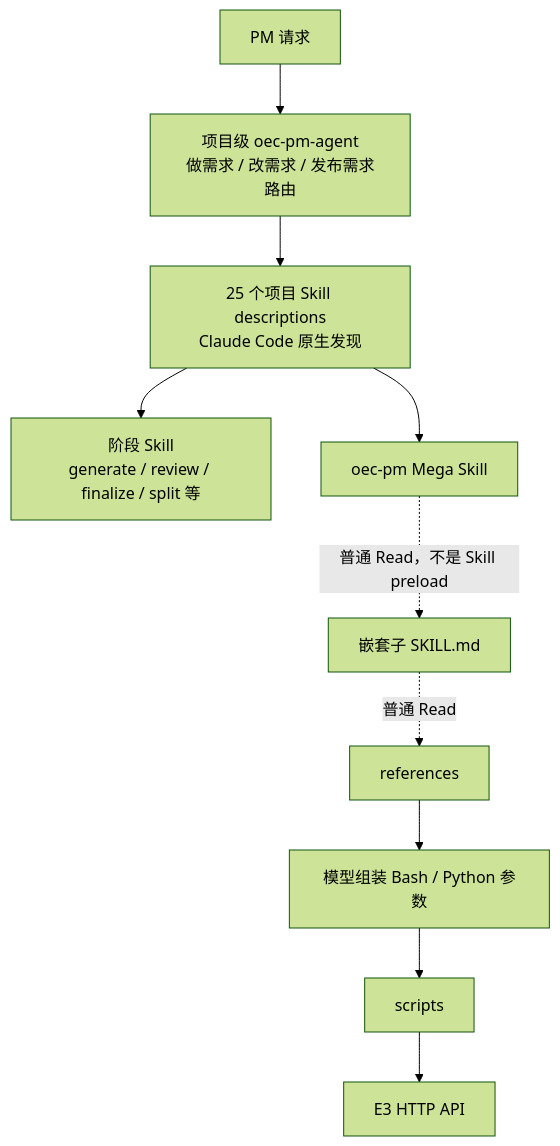
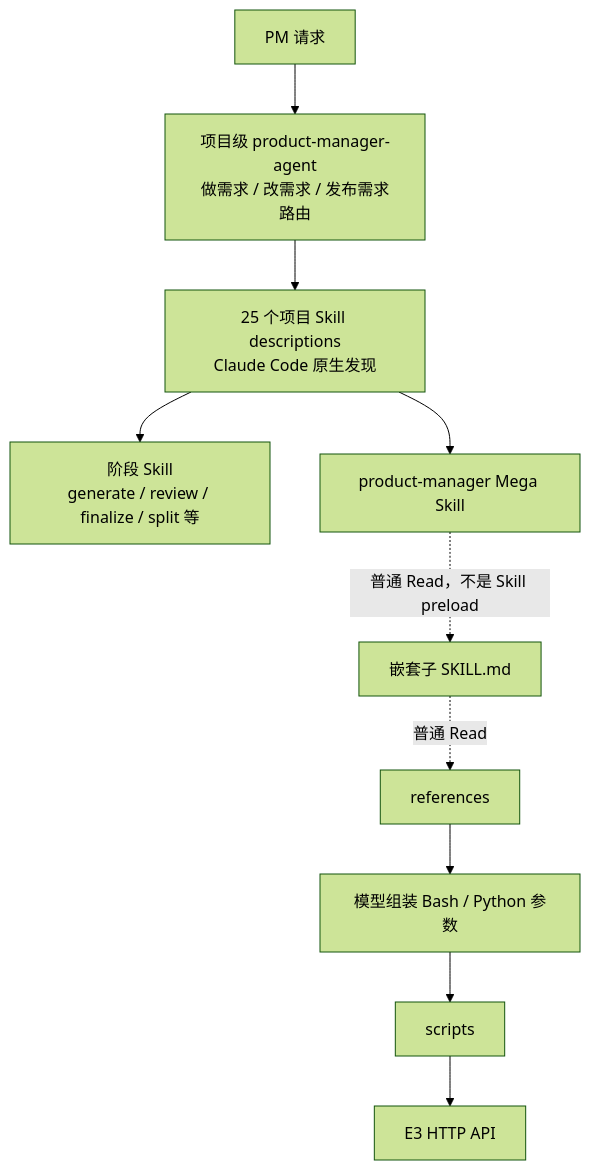
The second of 4 diagrams in docs/migrations/product-capability-migration.md (quanxinwang18-a11y/plainOEC-infra), drawn with Mermaid (forest theme) before and after one commit. The commit also changed other lines of this file and 259 other files, not shown here.

````diff
--- a/docs/migrations/product-capability-migration.md
+++ b/docs/migrations/product-capability-migration.md
@@ -251,12 +251,12 @@
 ```mermaid
 flowchart TD
-    U["PM 请求"] --> A["项目级 oec-pm-agent<br/>做需求 / 改需求 / 发布需求路由"]
+    U["PM 请求"] --> A["项目级 product-manager-agent<br/>做需求 / 改需求 / 发布需求路由"]
     A --> D["25 个项目 Skill descriptions<br/>Claude Code 原生发现"]
     D --> T["阶段 Skill<br/>generate / review / finalize / split 等"]
-    D --> M["oec-pm Mega Skill"]
+    D --> M["product-manager Mega Skill"]
     M -.->|普通 Read，不是 Skill preload| C["嵌套子 SKILL.md"]
     C -.->|普通 Read| R["references"]
     R --> B["模型组装 Bash / Python 参数"]
     B --> S["scripts"]
     S --> E["E3 HTTP API"]
 ```
````
